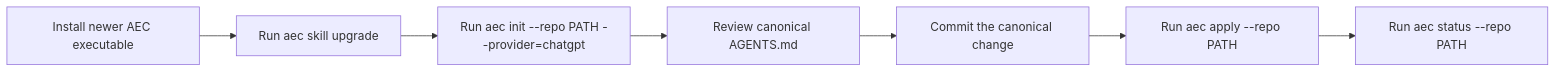
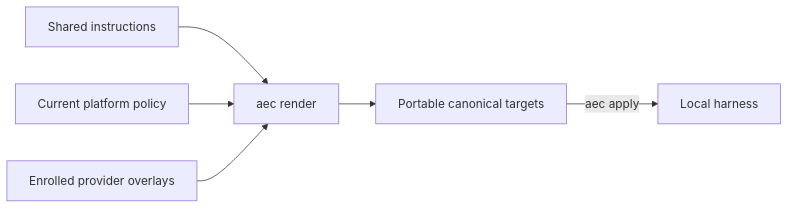
One commit to ferrywlto/ai-env-as-code changed the second of 3 diagrams in README.md. Above: the diagram before and after it, drawn with Mermaid. The commit also changed other lines of this file and 168 other files, not shown here.

````diff
--- a/README.md
+++ b/README.md
@@ -505,9 +29,8 @@
 ```mermaid
 flowchart LR
-    Install[Install newer AEC executable] --> Skill[Run aec skill upgrade]
-    Skill --> Migrate[Run aec init --repo PATH --provider=chatgpt]
-    Migrate --> Review[Review canonical AGENTS.md]
-    Review --> Commit[Commit the canonical change]
-    Commit --> Apply[Run aec apply --repo PATH]
-    Apply --> Verify[Run aec status --repo PATH]
+    Shared[Shared instructions] --> Render["aec render"]
+    Platform[Current platform policy] --> Render
+    Provider[Enrolled provider overlays] --> Render
+    Render --> Targets[Portable canonical targets]
+    Targets -->|aec apply| Runtime[Local harness]
 ```
````
